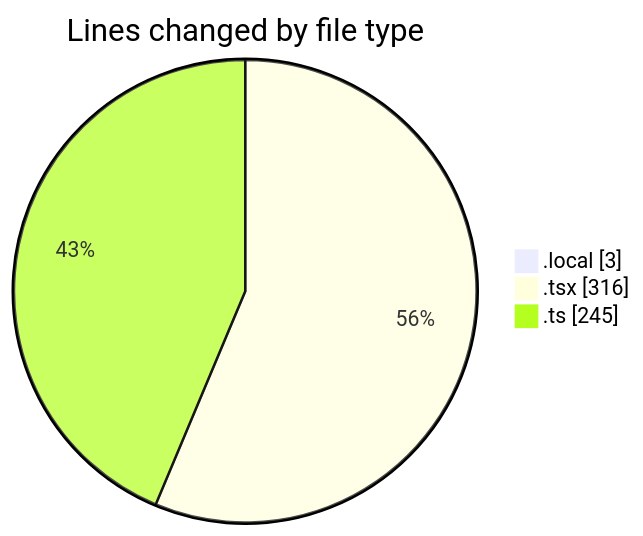
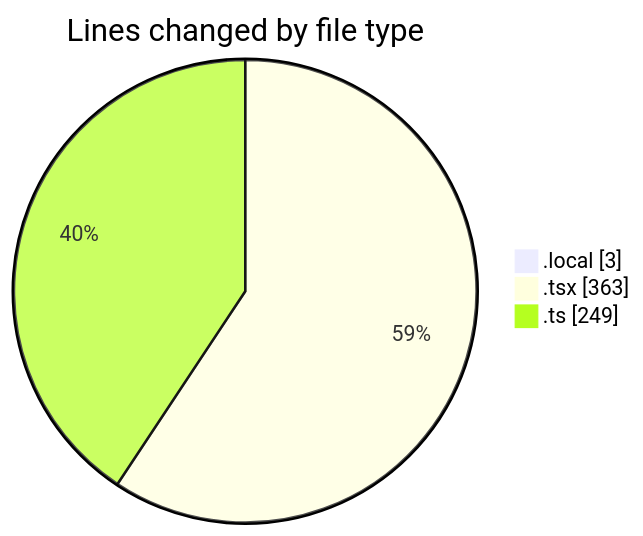
One commit to julien-gomy/code-tracking changed the first of 2 diagrams in 2025-11-20/eventscop-frontend-guide__workspace_/README.md. Above: the diagram before and after it, drawn with Mermaid. The commit also changed other lines of this file and 1 other file, not shown here.

````diff
--- a/2025-11-20/eventscop-frontend-guide__workspace_/README.md
+++ b/2025-11-20/eventscop-frontend-guide__workspace_/README.md
@@ -27,7 +28,7 @@
 ```mermaid
 pie showData
 title Lines changed by file type
 ".local" : 3
-".tsx" : 316
-".ts" : 245
+".tsx" : 363
+".ts" : 249
 ```
````
